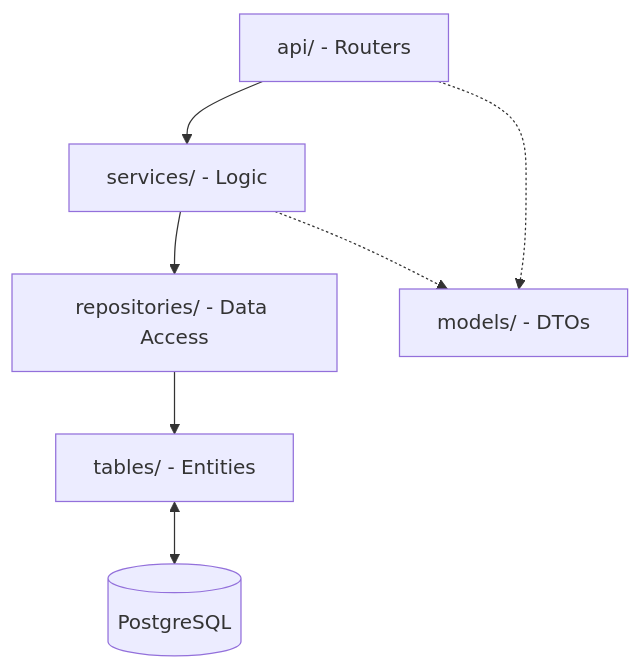
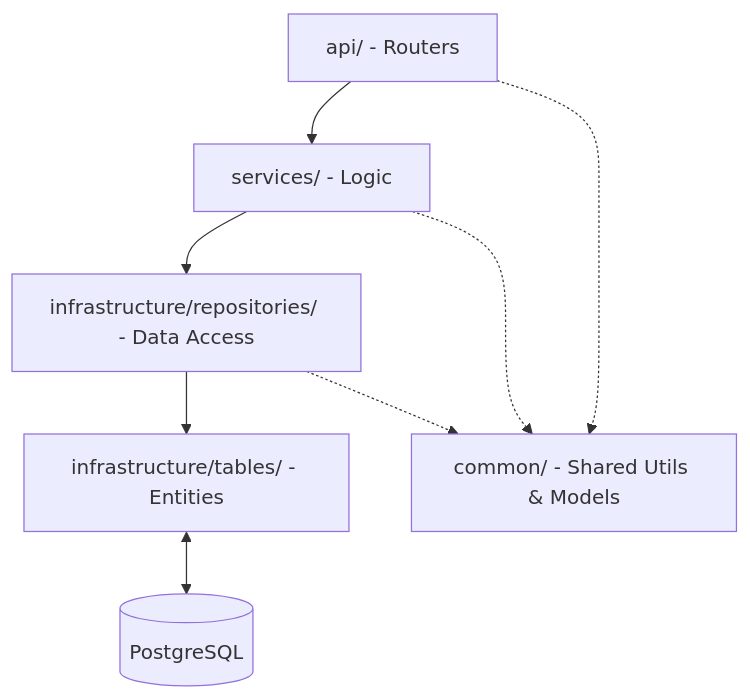
One commit to Mohammad-Nayef/backend-boilerplate changed the diagram in README.md. Above: the diagram before and after it, drawn with Mermaid. The commit also changed other lines of this file and 31 other files, not shown here.

Commit message:
implement core architecture, security decorators, and dependency injection patterns

````diff
--- a/README.md
+++ b/README.md
@@ -9,10 +9,11 @@
 ```mermaid
 graph TD
     API[api/ - Routers] --> Service[services/ - Logic]
-    Service --> Repo[repositories/ - Data Access]
-    Repo --> Table[tables/ - Entities]
+    Service --> Repo[infrastructure/repositories/ - Data Access]
+    Repo --> Table[infrastructure/tables/ - Entities]
     Table <--> DB[(PostgreSQL)]
 
-    API .-> Model[models/ - DTOs]
-    Service .-> Model
+    API .-> Common[common/ - Shared Utils & Models]
+    Service .-> Common
+    Repo .-> Common
 ```
````
